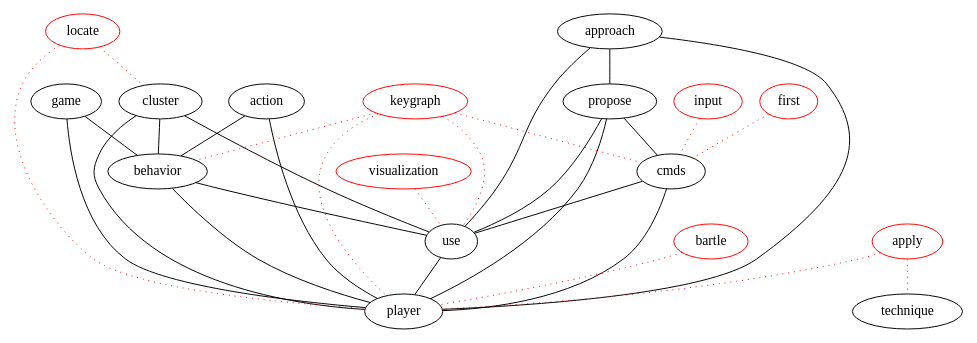
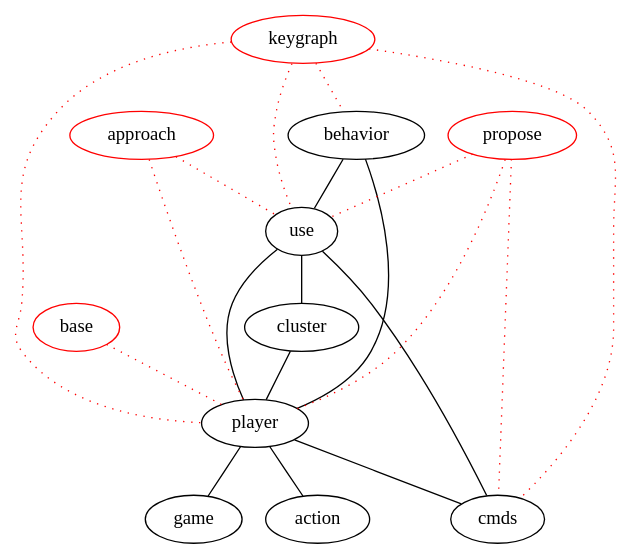
The diagram in dot/abstract.dot (michaelweiss/keygraph), drawn with Graphviz before and after one commit. The commit also changed 10 other files, not shown here.

```diff
--- a/dot/abstract.dot
+++ b/dot/abstract.dot
@@ -1,49 +1,33 @@
 graph keygraph {
 graph [size="10,10"]
+cmds [color="black"]
+action [color="black"]
+behavior [color="black"]
 use [color="black"]
-action [color="black"]
-approach [color="black"]
-propose [color="black"]
+player [color="black"]
 game [color="black"]
-player [color="black"]
-cmds [color="black"]
 cluster [color="black"]
-behavior [color="black"]
-first [color="red"]
-bartle [color="red"]
-apply [color="red"]
 keygraph [color="red"]
-locate [color="red"]
-input [color="red"]
-visualization [color="red"]
-game--behavior
-cluster--behavior
-approach--propose
-approach--use
-approach--player
-action--behavior
-propose--cmds
-propose--use
-propose--player
+propose [color="red"]
+base [color="red"]
+approach [color="red"]
 behavior--use
-cluster--use
-cmds--use
-action--player
-game--player
+behavior--player
+use--cluster
+use--cmds
+use--player
 cluster--player
-cmds--player
-use--player
-behavior--player
-first--cmds [color="red", style="dotted"]
-visualization--use [color="red", style="dotted"]
-bartle--player [color="red", style="dotted"]
-locate--player [color="red", style="dotted"]
-locate--cluster [color="red", style="dotted"]
-apply--technique [color="red", style="dotted"]
-apply--player [color="red", style="dotted"]
+player--action
+player--game
+player--cmds
+keygraph--cmds [color="red", style="dotted"]
+keygraph--behavior [color="red", style="dotted"]
 keygraph--use [color="red", style="dotted"]
 keygraph--player [color="red", style="dotted"]
-keygraph--cmds [color="red", style="dotted"]
-keygraph--behavior [color="red", style="dotted"]
-input--cmds [color="red", style="dotted"]
+approach--use [color="red", style="dotted"]
+approach--player [color="red", style="dotted"]
+propose--cmds [color="red", style="dotted"]
+propose--use [color="red", style="dotted"]
+propose--player [color="red", style="dotted"]
+base--player [color="red", style="dotted"]
 }
```
